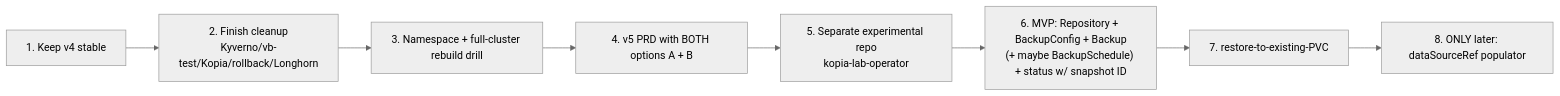
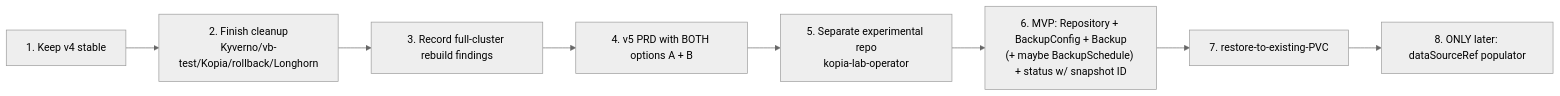
Before and after one commit to mitchross/talos-argocd-proxmox: the third of 3 diagrams in docs/pvc-plumber-v5-kopia-native-future.md, drawn with Mermaid (neutral theme). The commit also changed other lines of this file and 13 other files, not shown here.

````diff
--- a/docs/pvc-plumber-v5-kopia-native-future.md
+++ b/docs/pvc-plumber-v5-kopia-native-future.md
@@ -83,10 +83,10 @@
 ```mermaid
 flowchart LR
     S1[1. Keep v4 stable] --> S2[2. Finish cleanup\nKyverno/vb-test/Kopia/rollback/Longhorn]
-    S2 --> S3[3. Namespace + full-cluster rebuild drill]
+    S2 --> S3[3. Record full-cluster rebuild findings]
     S3 --> S4[4. v5 PRD with BOTH options A + B]
     S4 --> S5["5. Separate experimental repo\nkopia-lab-operator"]
     S5 --> S6["6. MVP: Repository + BackupConfig + Backup\n(+ maybe BackupSchedule) + status w/ snapshot ID"]
     S6 --> S7[7. restore-to-existing-PVC]
     S7 --> S8[8. ONLY later: dataSourceRef populator]
 ```
````
